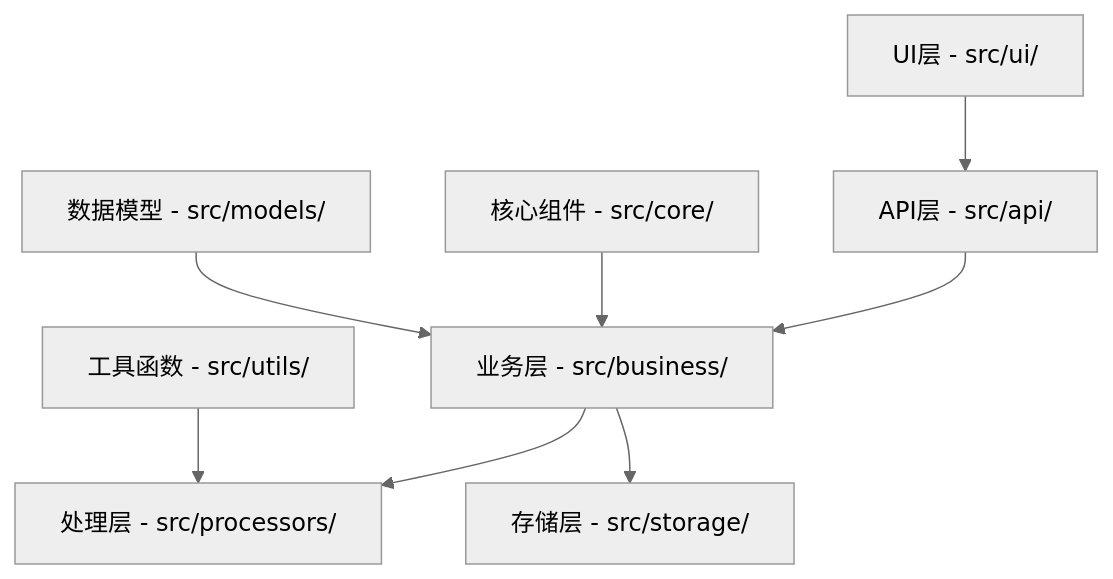
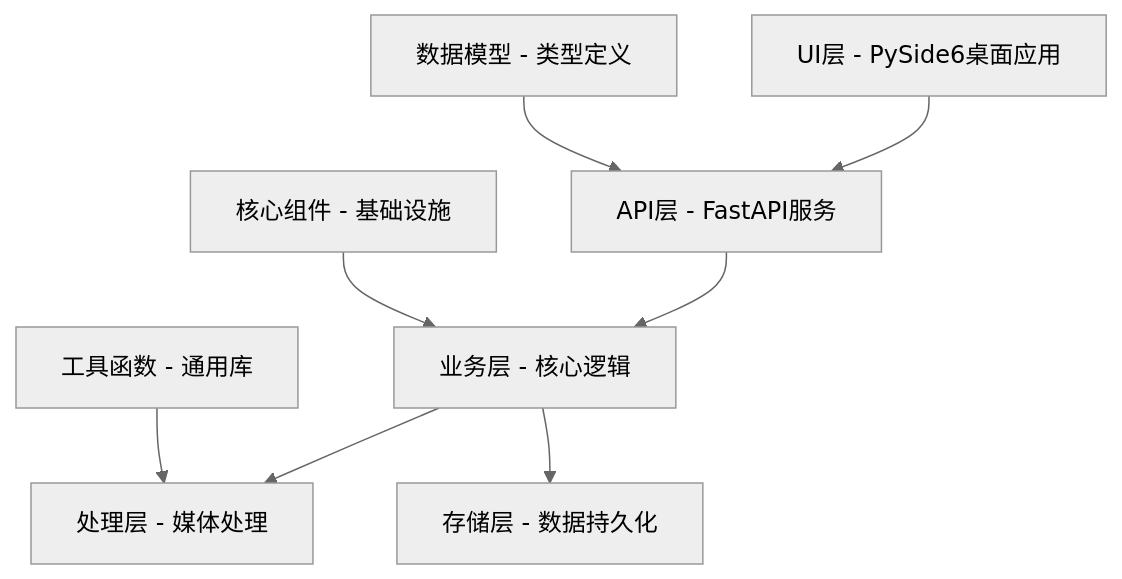
Before and after one commit to cr4342/msearch: diagram 21 of 26 in docs/design.md, drawn with Mermaid (neutral theme). The commit also changed other lines of this file and 32 other files, not shown here.

````diff
--- a/docs/design.md
+++ b/docs/design.md
@@ -3870,11 +3878,11 @@
 ```mermaid
 graph TB
-    A[UI层 - src/ui/] --> B[API层 - src/api/]
-    B --> C[业务层 - src/business/]
-    C --> D[处理层 - src/processors/]
-    C --> E[存储层 - src/storage/]
+    A[UI层 - PySide6桌面应用] --> B[API层 - FastAPI服务]
+    B --> C[业务层 - 核心逻辑]
+    C --> D[处理层 - 媒体处理]
+    C --> E[存储层 - 数据持久化]
     
-    F[核心组件 - src/core/] --> C
-    G[数据模型 - src/models/] --> C
-    H[工具函数 - src/utils/] --> D
+    F[核心组件 - 基础设施] --> C
+    G[数据模型 - 类型定义] --> B
+    H[工具函数 - 通用库] --> D
 ```
````
